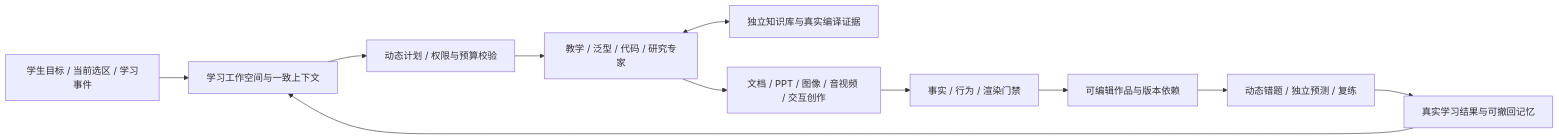
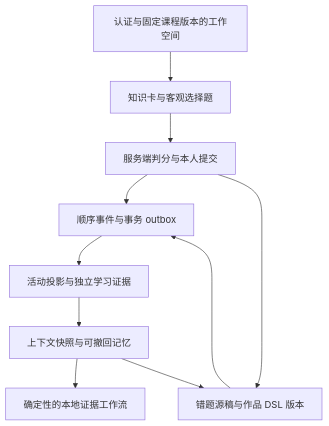
One commit to hxjyaohaohaode/java-xuexi changed the diagram in README.md. Above: the diagram before and after it, drawn with Mermaid. The commit also changed other lines of this file and 98 other files, not shown here.

First line of the commit message:
feat: implement durable learning runtime and audited architecture

````diff
--- a/README.md
+++ b/README.md
@@ -19,13 +21,12 @@
 ```mermaid
-flowchart LR
-  U[学生目标 / 当前选区 / 学习事件] --> W[学习工作空间与一致上下文]
-  W --> O[动态计划 / 权限与预算校验]
-  O --> X[教学 / 泛型 / 代码 / 研究专家]
-  X <--> K[独立知识库与真实编译证据]
-  X --> A[文档 / PPT / 图像 / 音视频 / 交互创作]
-  A --> Q[事实 / 行为 / 渲染门禁]
-  Q --> E[可编辑作品与版本依赖]
-  E --> P[动态错题 / 独立预测 / 复练]
-  P --> F[真实学习结果与可撤回记忆]
-  F --> W
+flowchart TB
+  W[认证与固定课程版本的工作空间] --> K[知识卡与客观选择题]
+  K --> G[服务端判分与本人提交]
+  G --> E[顺序事件与事务 outbox]
+  E --> P[活动投影与独立学习证据]
+  P --> C[上下文快照与可撤回记忆]
+  C --> R[确定性的本地证据工作流]
+  G --> A[错题源稿与作品 DSL 版本]
+  C --> A
+  A --> E
 ```
````
